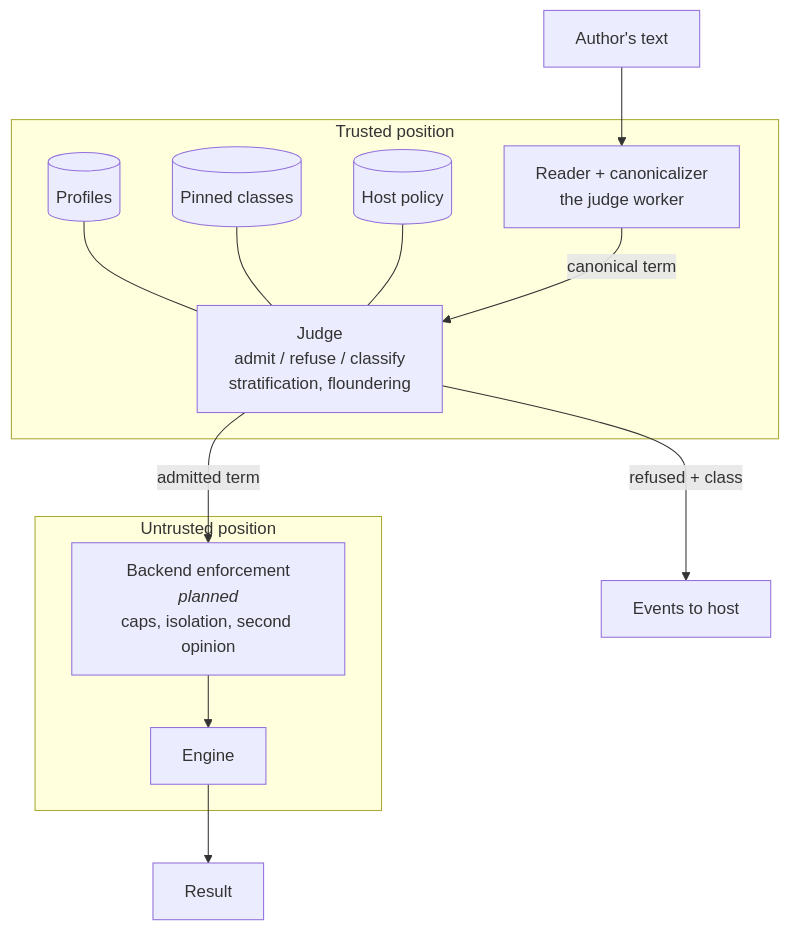
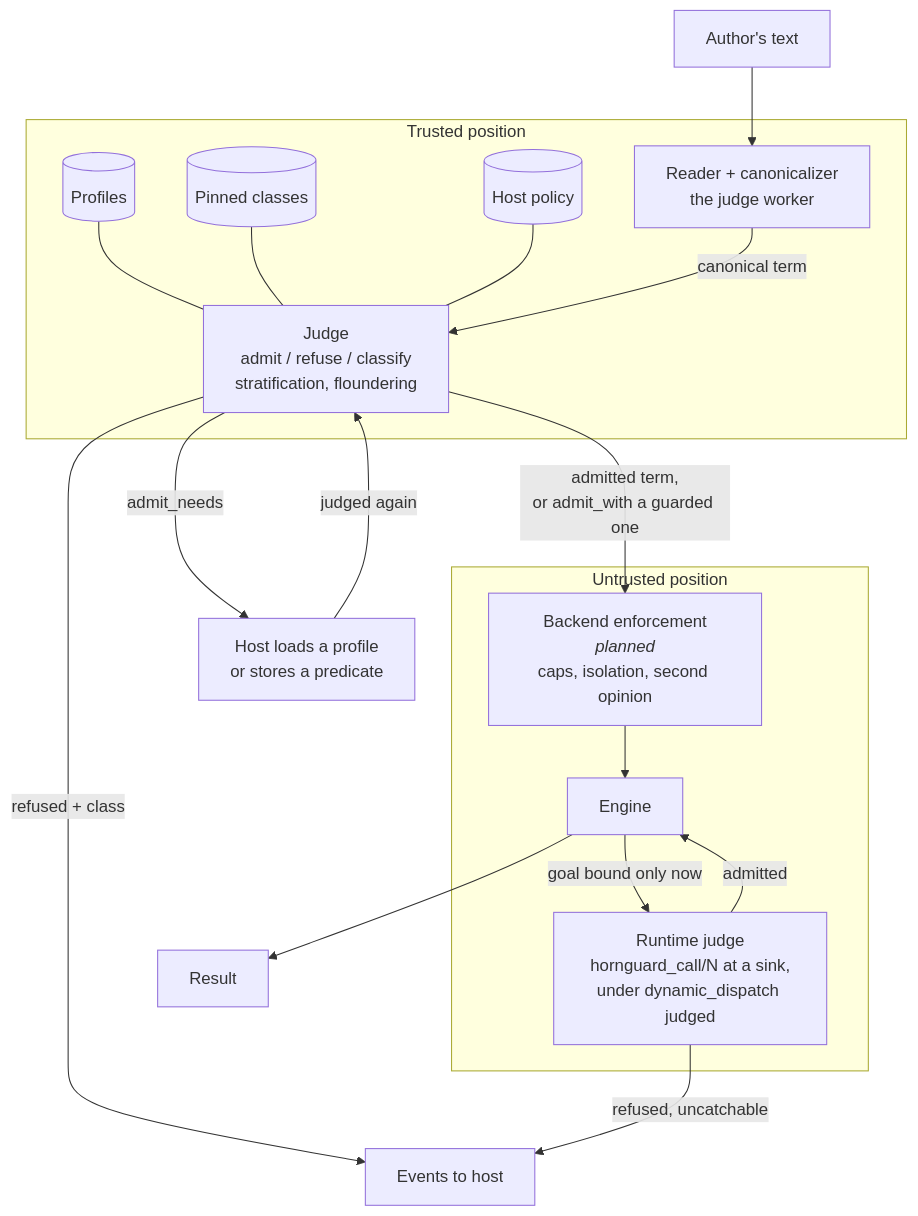
One commit to DataGrout/hornguard changed the first of 3 diagrams in docs/architecture.md. Above: the diagram before and after it, drawn with Mermaid. The commit also changed other lines of this file, not shown here.

First line of the commit message:
architecture diagrams match the walk and the policy

````diff
--- a/docs/architecture.md
+++ b/docs/architecture.md
@@ -56,19 +56,24 @@
 ```mermaid
 flowchart TB
     T[Author's text] --> RD
     subgraph trusted [Trusted position]
         RD[Reader + canonicalizer<br/>the judge worker]
         JD[Judge<br/>admit / refuse / classify<br/>stratification, floundering]
         PR[(Profiles)] --- JD
         PN[(Pinned classes)] --- JD
         HP[(Host policy)] --- JD
     end
     RD -->|canonical term| JD
     subgraph untrusted [Untrusted position]
         BE[Backend enforcement<br/><i>planned</i><br/>caps, isolation, second opinion]
         EN[Engine]
+        RT[Runtime judge<br/>hornguard_call/N at a sink,<br/>under dynamic_dispatch judged]
     end
-    JD -->|admitted term| BE --> EN
+    JD -->|admitted term,<br/>or admit_with a guarded one| BE --> EN
+    JD -->|admit_needs| NH[Host loads a profile<br/>or stores a predicate] -->|judged again| JD
     JD -->|refused + class| EV[Events to host]
+    EN -->|goal bound only now| RT
+    RT -->|admitted| EN
+    RT -->|refused, uncatchable| EV
     EN --> RS[Result]
 ```
````
